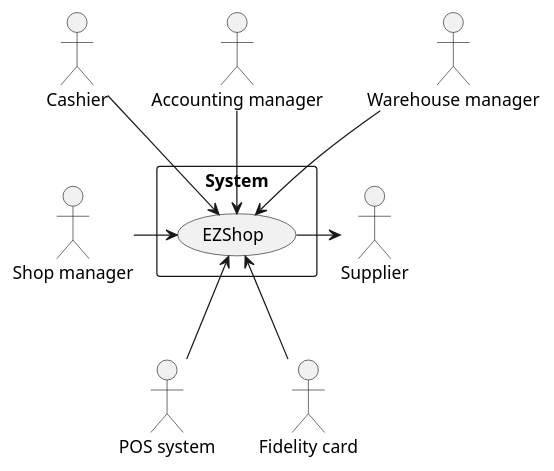
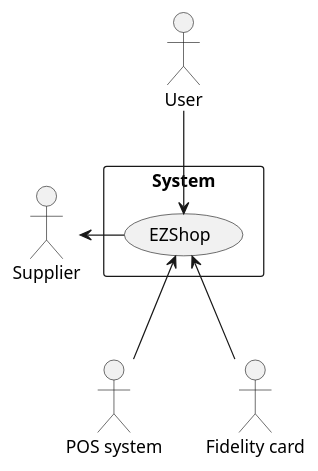
The first of 5 diagrams in Deliverables/RequirementsDocument.md (BMike10/EzShop), drawn with PlantUML before and after one commit. The commit also changed other lines of this file, not shown here.

```diff
--- a/Deliverables/RequirementsDocument.md
+++ b/Deliverables/RequirementsDocument.md
@@ -63,22 +63,27 @@
 	@startuml context_diagram
-		actor :Shop manager: as sm
-		actor :Cashier: as cr
-		actor :Accounting manager: as am
-		' actor :Customer management system: as cms
-		actor :Warehouse manager: as wm
-		'	actor :Inventory and Catalogue system: as i	:
-		actor :Supplier: as s
-		actor :POS system: as ccs
+		' system
 		rectangle System{
 		usecase EZShop
 		}
-		sm -> EZShop
-		cr --> EZShop
-		am --> EZShop
-		wm --> EZShop
-		'	i --> EZShop
+		' actors
+		' actor :Shop manager: as sm
+		' actor :Cashier: as cr
+		' actor :Accounting manager: as am
+		' actor :Warehouse manager: as wm
+		' variant with single end user which has roles
+		actor :User: as u
+
+		actor :Supplier: as s
+		actor :POS system: as ccs
+		' associations
+		' sm -> EZShop
+		' cr --> EZShop
+		' am --> EZShop
+		' wm --> EZShop		
+		' variant with only end user
+		u --> EZShop
+
 		s <- EZShop
-		' EZShop <-- cms
 		EZShop <-- ccs
 		EZShop <-- :Fidelity card:
 	@enduml
```
